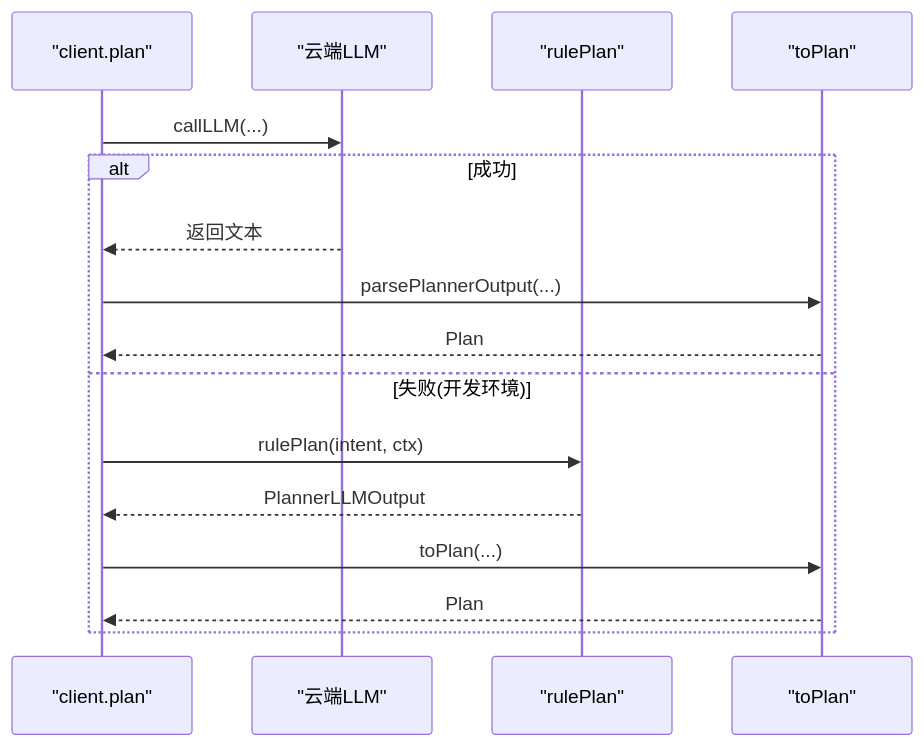
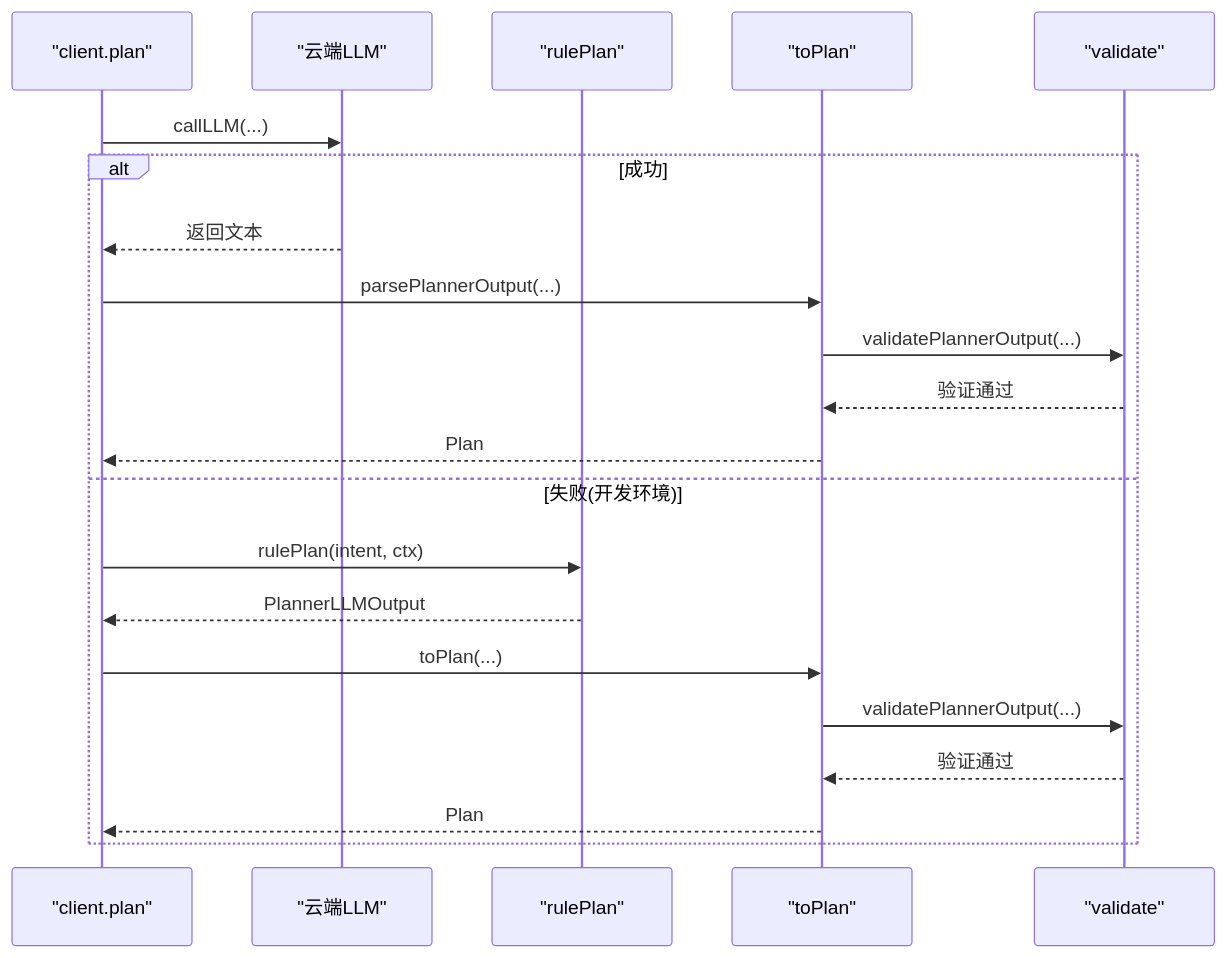
The fifth of 7 diagrams in .qoder/repowiki/zh/content/LLM集成/规则规划器.md (Ichi-Hackton/WAIC-WeChat-MiniProgram), drawn with Mermaid before and after one commit. The commit also changed other lines of this file and 33 other files, not shown here.

````diff
--- a/.qoder/repowiki/zh/content/LLM集成/规则规划器.md
+++ b/.qoder/repowiki/zh/content/LLM集成/规则规划器.md
@@ -219,18 +272,23 @@
 ```mermaid
 sequenceDiagram
 participant Client as "client.plan"
 participant Cloud as "云端LLM"
 participant Rule as "rulePlan"
 participant Parser as "toPlan"
+participant Validator as "validate"
 Client->>Cloud : callLLM(...)
 alt 成功
 Cloud-->>Client : 返回文本
 Client->>Parser : parsePlannerOutput(...)
+Parser->>Validator : validatePlannerOutput(...)
+Validator-->>Parser : 验证通过
 Parser-->>Client : Plan
 else 失败(开发环境)
 Client->>Rule : rulePlan(intent, ctx)
 Rule-->>Client : PlannerLLMOutput
 Client->>Parser : toPlan(...)
+Parser->>Validator : validatePlannerOutput(...)
+Validator-->>Parser : 验证通过
 Parser-->>Client : Plan
 end
 ```
````
